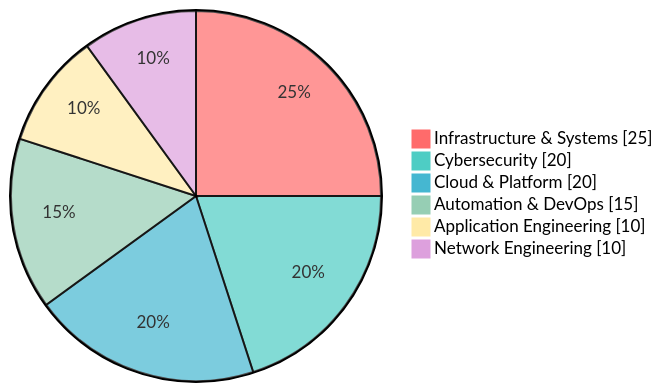
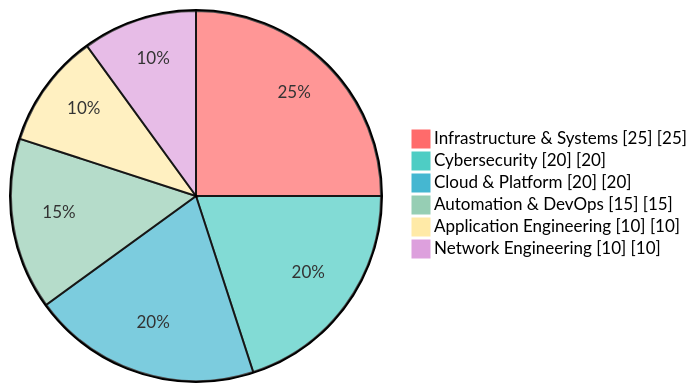
One commit to ogc16/ogc16 changed the second of 2 diagrams in README.md. Above: the diagram before and after it, drawn with Mermaid.

Commit message:
style: add numbers to skills pie chart labels

````diff
--- a/README.md
+++ b/README.md
@@ -46,10 +46,10 @@
 ```mermaid
 %%{init: {'themeVariables': {'pie1': '#FF6B6B', 'pie2': '#4ECDC4', 'pie3': '#45B7D1', 'pie4': '#96CEB4', 'pie5': '#FFEAA7', 'pie6': '#DDA0DD'}}}%%
 pie showData
-    "Infrastructure & Systems" : 25
-    "Cybersecurity" : 20
-    "Cloud & Platform" : 20
-    "Automation & DevOps" : 15
-    "Application Engineering" : 10
-    "Network Engineering" : 10
+    "Infrastructure & Systems [25]" : 25
+    "Cybersecurity [20]" : 20
+    "Cloud & Platform [20]" : 20
+    "Automation & DevOps [15]" : 15
+    "Application Engineering [10]" : 10
+    "Network Engineering [10]" : 10
 ```
````
